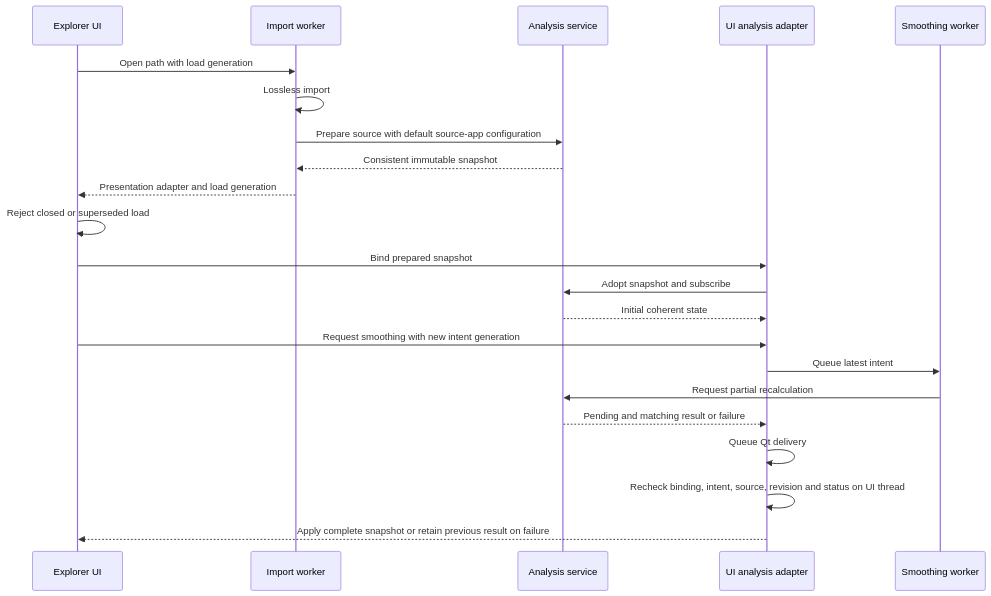
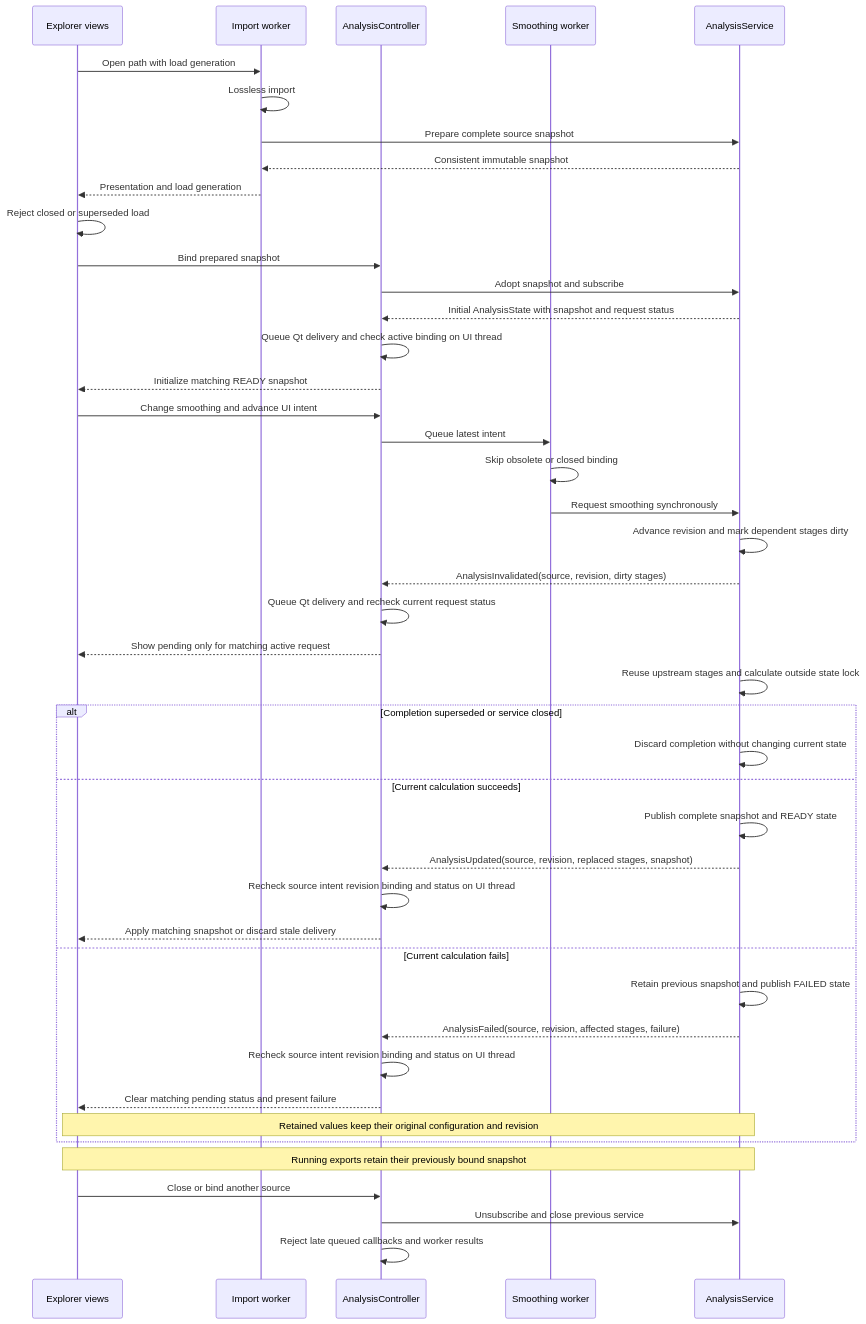
One commit to rudnerbjoern/ride-forces-analyzer changed the third of 6 diagrams in docs/architecture/06_runtime_view.md. Above: the diagram before and after it, drawn with Mermaid. The commit also changed other lines of this file and 51 other files, not shown here.

````diff
--- a/docs/architecture/06_runtime_view.md
+++ b/docs/architecture/06_runtime_view.md
@@ -92,24 +98,46 @@
 ```mermaid
 sequenceDiagram
-    participant UI as Explorer UI
+    participant UI as Explorer views
     participant Loader as Import worker
-    participant Service as Analysis service
-    participant Adapter as UI analysis adapter
+    participant Adapter as AnalysisController
     participant Worker as Smoothing worker
+    participant Service as AnalysisService
     UI->>Loader: Open path with load generation
     Loader->>Loader: Lossless import
-    Loader->>Service: Prepare source with default source-app configuration
+    Loader->>Service: Prepare complete source snapshot
     Service-->>Loader: Consistent immutable snapshot
-    Loader-->>UI: Presentation adapter and load generation
+    Loader-->>UI: Presentation and load generation
     UI->>UI: Reject closed or superseded load
     UI->>Adapter: Bind prepared snapshot
     Adapter->>Service: Adopt snapshot and subscribe
-    Service-->>Adapter: Initial coherent state
-    UI->>Adapter: Request smoothing with new intent generation
+    Service-->>Adapter: Initial AnalysisState with snapshot and request status
+    Adapter->>Adapter: Queue Qt delivery and check active binding on UI thread
+    Adapter-->>UI: Initialize matching READY snapshot
+    UI->>Adapter: Change smoothing and advance UI intent
     Adapter->>Worker: Queue latest intent
-    Worker->>Service: Request partial recalculation
-    Service-->>Adapter: Pending and matching result or failure
-    Adapter->>Adapter: Queue Qt delivery
-    Adapter->>Adapter: Recheck binding, intent, source, revision and status on UI thread
-    Adapter-->>UI: Apply complete snapshot or retain previous result on failure
+    Worker->>Worker: Skip obsolete or closed binding
+    Worker->>Service: Request smoothing synchronously
+    Service->>Service: Advance revision and mark dependent stages dirty
+    Service-->>Adapter: AnalysisInvalidated(source, revision, dirty stages)
+    Adapter->>Adapter: Queue Qt delivery and recheck current request status
+    Adapter-->>UI: Show pending only for matching active request
+    Service->>Service: Reuse upstream stages and calculate outside state lock
+    alt Completion superseded or service closed
+        Service->>Service: Discard completion without changing current state
+    else Current calculation succeeds
+        Service->>Service: Publish complete snapshot and READY state
+        Service-->>Adapter: AnalysisUpdated(source, revision, replaced stages, snapshot)
+        Adapter->>Adapter: Recheck source intent revision binding and status on UI thread
+        Adapter-->>UI: Apply matching snapshot or discard stale delivery
+    else Current calculation fails
+        Service->>Service: Retain previous snapshot and publish FAILED state
+        Service-->>Adapter: AnalysisFailed(source, revision, affected stages, failure)
+        Adapter->>Adapter: Recheck source intent revision binding and status on UI thread
+        Adapter-->>UI: Clear matching pending status and present failure
+        Note over Service,UI: Retained values keep their original configuration and revision
+    end
+    Note over Service,UI: Running exports retain their previously bound snapshot
+    UI->>Adapter: Close or bind another source
+    Adapter->>Service: Unsubscribe and close previous service
+    Adapter->>Adapter: Reject late queued callbacks and worker results
 ```
````
